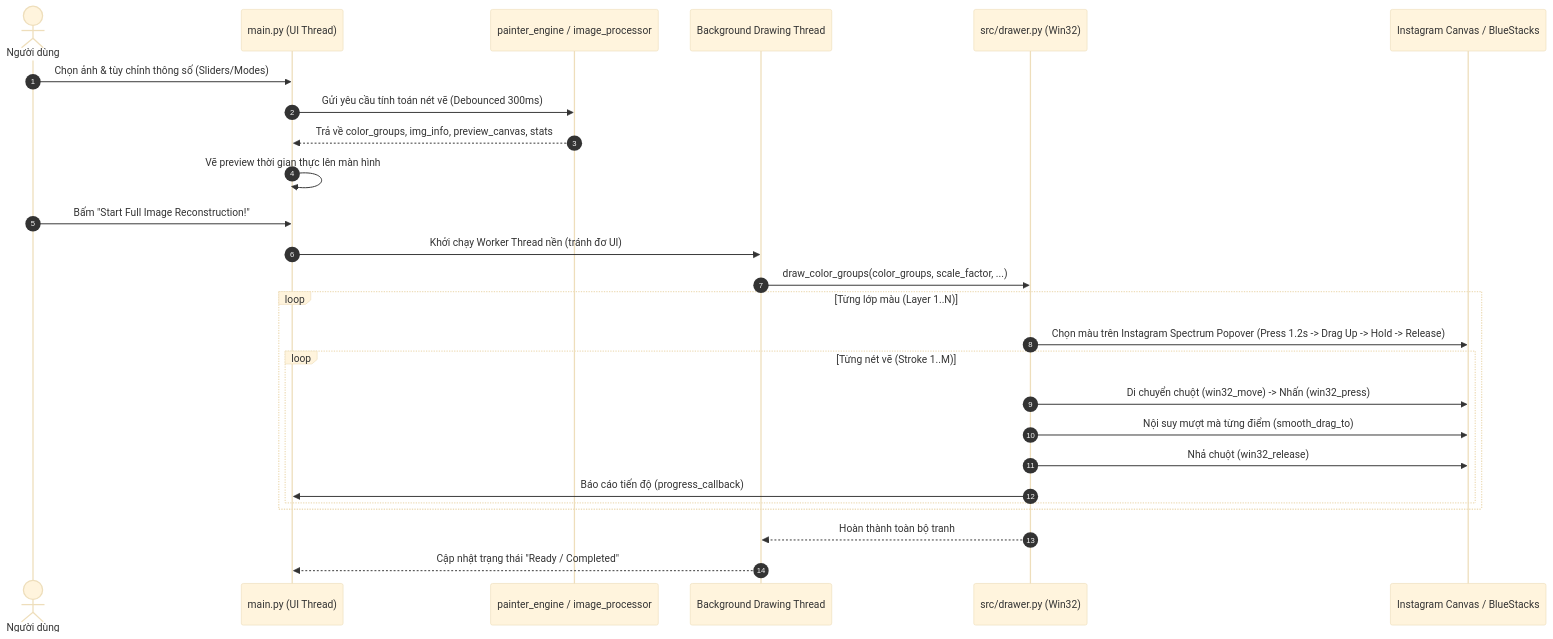
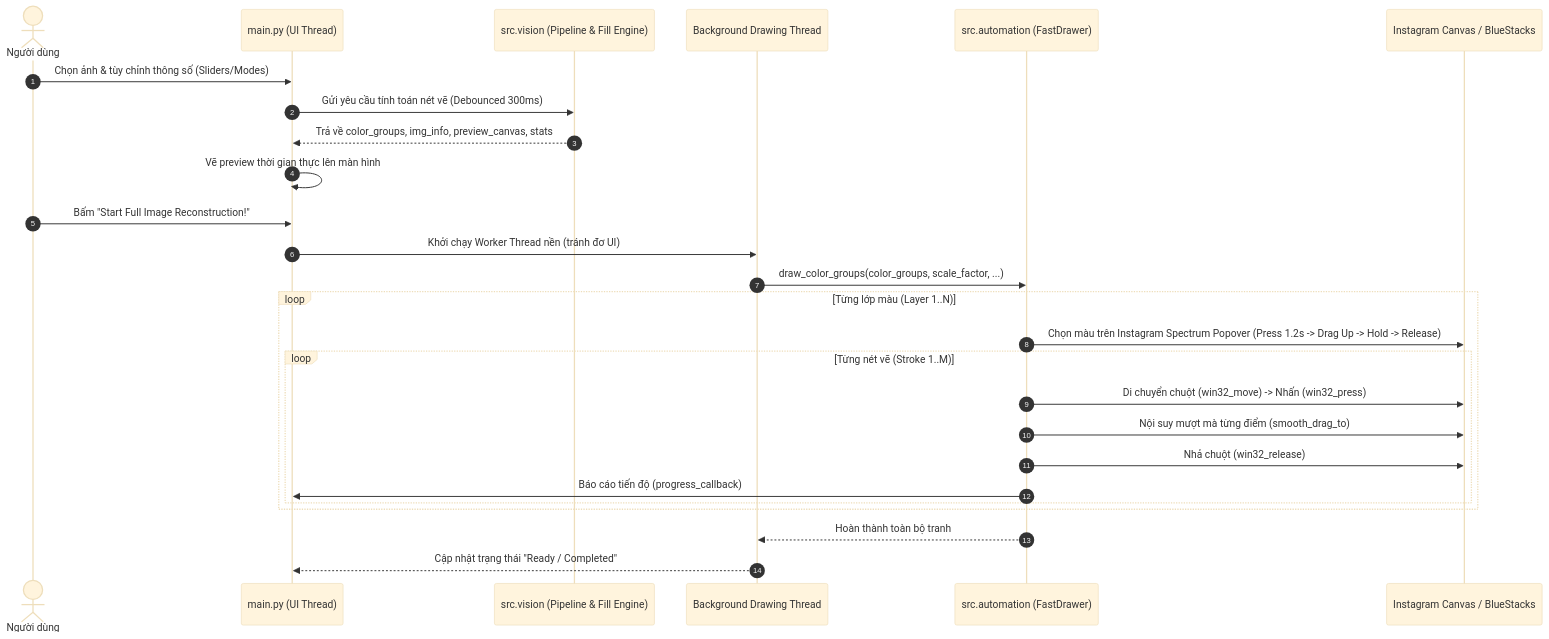
Before and after one commit to ThanhDanh1510/Auto-Doodle-Insta: the second of 2 diagrams in docs/architecture.md, drawn with Mermaid (base theme). The commit also changed 21 other files, not shown here.

````diff
--- a/docs/architecture.md
+++ b/docs/architecture.md
@@ -39,31 +39,31 @@
 ```mermaid
 sequenceDiagram
     autonumber
     actor User as Người dùng
     participant GUI as main.py (UI Thread)
-    participant Engine as painter_engine / image_processor
+    participant Engine as src.vision (Pipeline & Fill Engine)
     participant Worker as Background Drawing Thread
-    participant FastDrawer as src/drawer.py (Win32)
+    participant FastDrawer as src.automation (FastDrawer)
     participant IG as Instagram Canvas / BlueStacks
 
     User->>GUI: Chọn ảnh & tùy chỉnh thông số (Sliders/Modes)
     GUI->>Engine: Gửi yêu cầu tính toán nét vẽ (Debounced 300ms)
     Engine-->>GUI: Trả về color_groups, img_info, preview_canvas, stats
     GUI->>GUI: Vẽ preview thời gian thực lên màn hình
     
     User->>GUI: Bấm "Start Full Image Reconstruction!"
     GUI->>Worker: Khởi chạy Worker Thread nền (tránh đơ UI)
     Worker->>FastDrawer: draw_color_groups(color_groups, scale_factor, ...)
     
     loop Từng lớp màu (Layer 1..N)
         FastDrawer->>IG: Chọn màu trên Instagram Spectrum Popover (Press 1.2s -> Drag Up -> Hold -> Release)
         loop Từng nét vẽ (Stroke 1..M)
             FastDrawer->>IG: Di chuyển chuột (win32_move) -> Nhấn (win32_press)
             FastDrawer->>IG: Nội suy mượt mà từng điểm (smooth_drag_to)
             FastDrawer->>IG: Nhả chuột (win32_release)
             FastDrawer->>GUI: Báo cáo tiến độ (progress_callback)
         end
     end
     FastDrawer-->>Worker: Hoàn thành toàn bộ tranh
     Worker-->>GUI: Cập nhật trạng thái "Ready / Completed"
 ```
````
